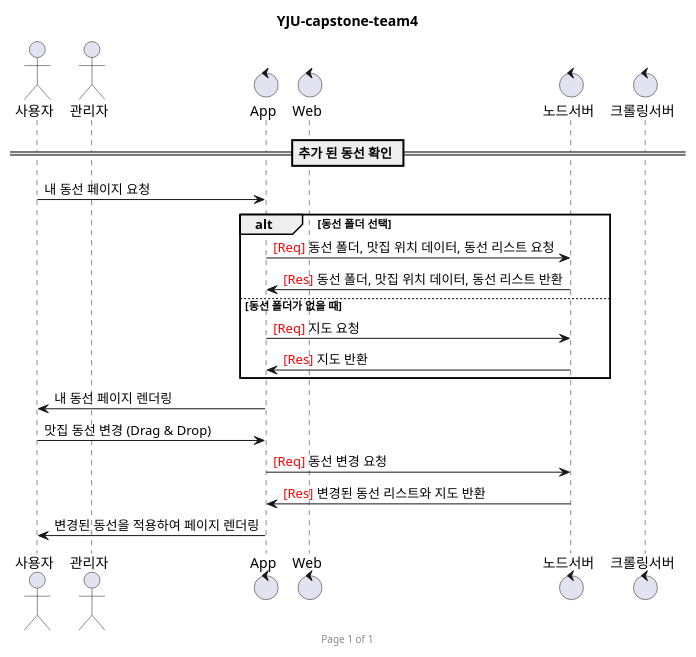
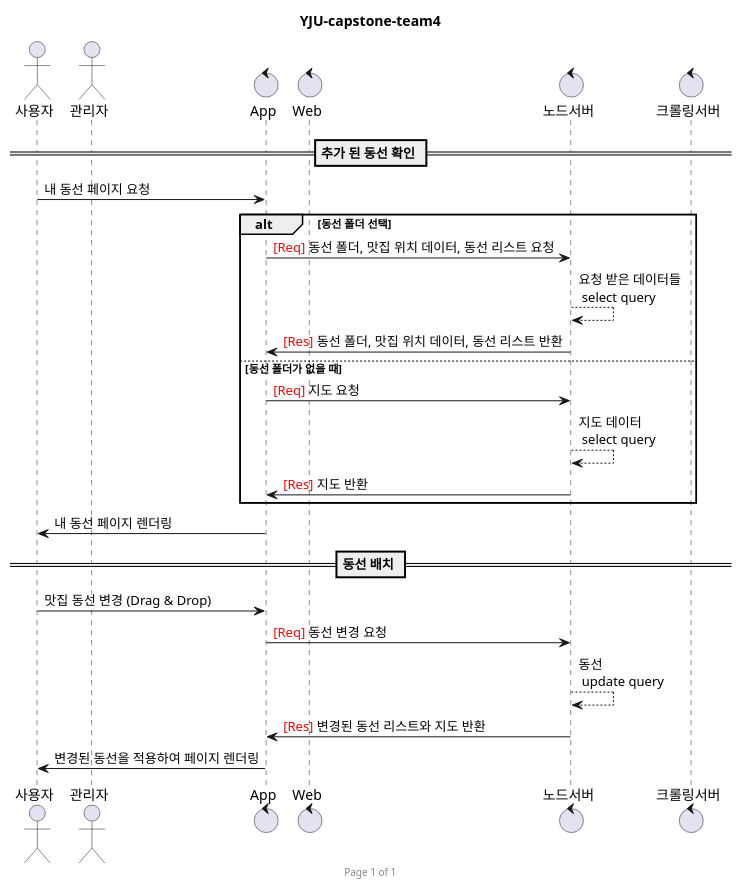
The diagram in check_course.wsd (Samsam-lee/React.js-project-AdminWeb), drawn with PlantUML before and after one commit. The commit also changed 1 other file, not shown here.

```diff
--- a/check_course.wsd
+++ b/check_course.wsd
@@ -1,29 +1,34 @@
 @startuml
 
 title YJU-capstone-team4
 footer Page %page% of %lastpage%
 
 actor 사용자 as User
 actor 관리자 as Admin
 
 control App
 control Web
 control 노드서버 as Node
 control 크롤링서버 as Lamda
 
 == 추가 된 동선 확인 ==
 User -> App : 내 동선 페이지 요청
     alt 동선 폴더 선택
         App -> Node : <font color=red>[Req]</font> 동선 폴더, 맛집 위치 데이터, 동선 리스트 요청
+            Node --> Node : 요청 받은 데이터들 \n select query
         Node -> App : <font color=red>[Res]</font> 동선 폴더, 맛집 위치 데이터, 동선 리스트 반환
     else 동선 폴더가 없을 때
         App -> Node : <font color=red>[Req]</font> 지도 요청
+            Node --> Node : 지도 데이터 \n select query
         Node -> App : <font color=red>[Res]</font> 지도 반환
     end
 App -> User : 내 동선 페이지 렌더링
-    User -> App : 맛집 동선 변경 (Drag & Drop)
-        App -> Node : <font color=red>[Req]</font> 동선 변경 요청
-        Node -> App : <font color=red>[Res]</font> 변경된 동선 리스트와 지도 반환
-    App -> User : 변경된 동선을 적용하여 페이지 렌더링
+
+== 동선 배치 ==
+User -> App : 맛집 동선 변경 (Drag & Drop)
+    App -> Node : <font color=red>[Req]</font> 동선 변경 요청
+        Node --> Node : 동선 \n update query
+    Node -> App : <font color=red>[Res]</font> 변경된 동선 리스트와 지도 반환
+App -> User : 변경된 동선을 적용하여 페이지 렌더링
 
 @enduml
```
